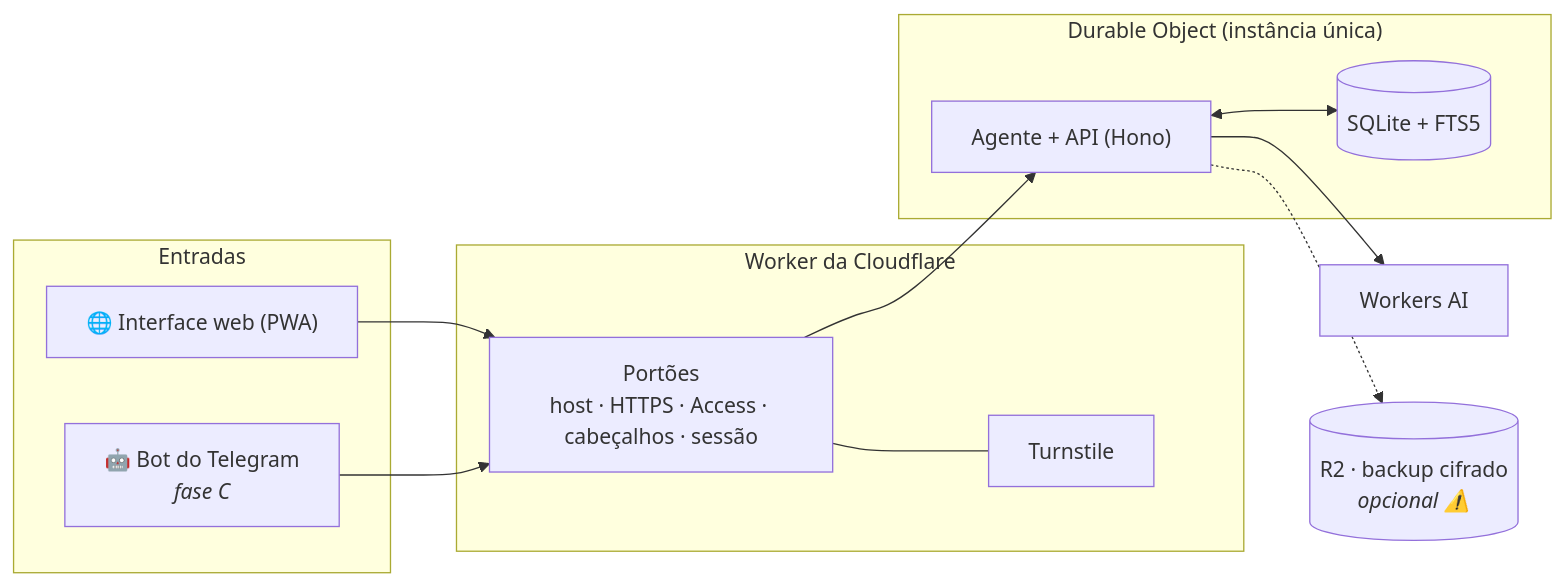
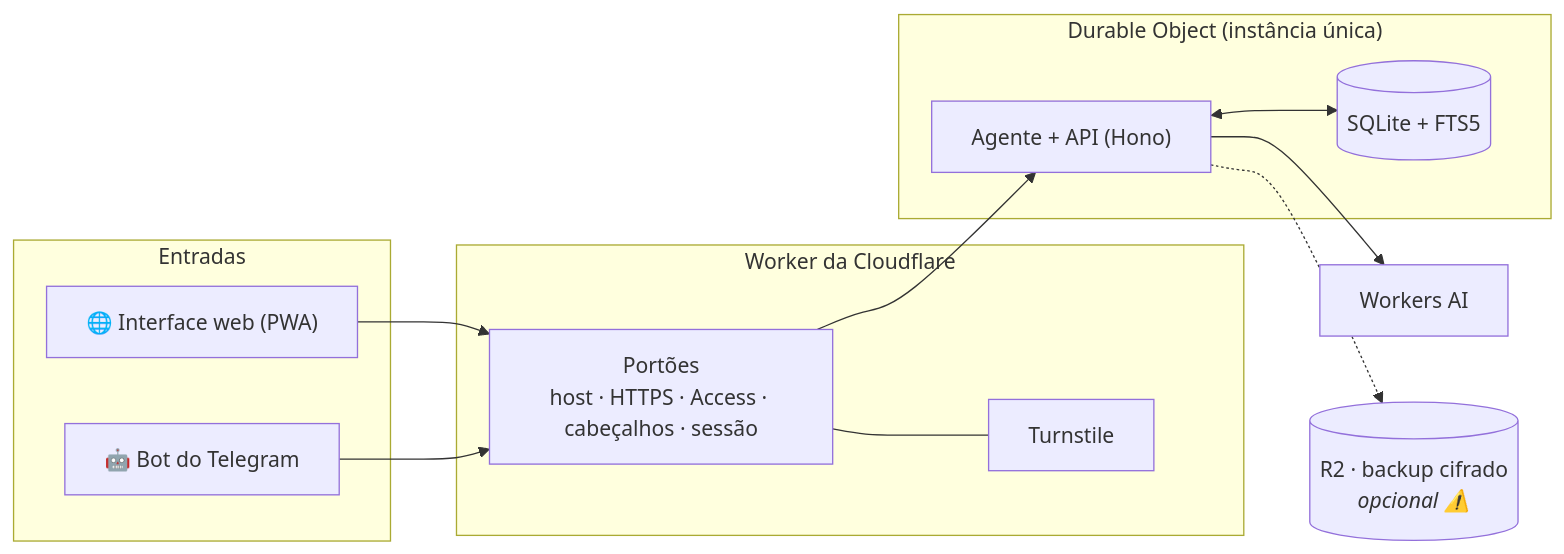
Before and after one commit to pablopfg/zuri: the diagram in README.md, drawn with Mermaid. The commit also changed other lines of this file and 6 other files, not shown here.

````diff
--- a/README.md
+++ b/README.md
@@ -207,24 +141,24 @@
 ```mermaid
 flowchart LR
     subgraph Entradas
         W["🌐 Interface web (PWA)"]
-        T["🤖 Bot do Telegram<br/><i>fase C</i>"]
+        T["🤖 Bot do Telegram"]
     end
     subgraph Worker["Worker da Cloudflare"]
         G["Portões<br/>host · HTTPS · Access · cabeçalhos · sessão"]
         TS["Turnstile"]
     end
     subgraph DO["Durable Object (instância única)"]
         A["Agente + API (Hono)"]
         S[("SQLite + FTS5")]
     end
     AI["Workers AI"]
     R2[("R2 · backup cifrado<br/><i>opcional ⚠️</i>")]
     W --> G
     T --> G
     G --- TS
     G --> A
     A <--> S
     A --> AI
     A -.-> R2
 ```
````
